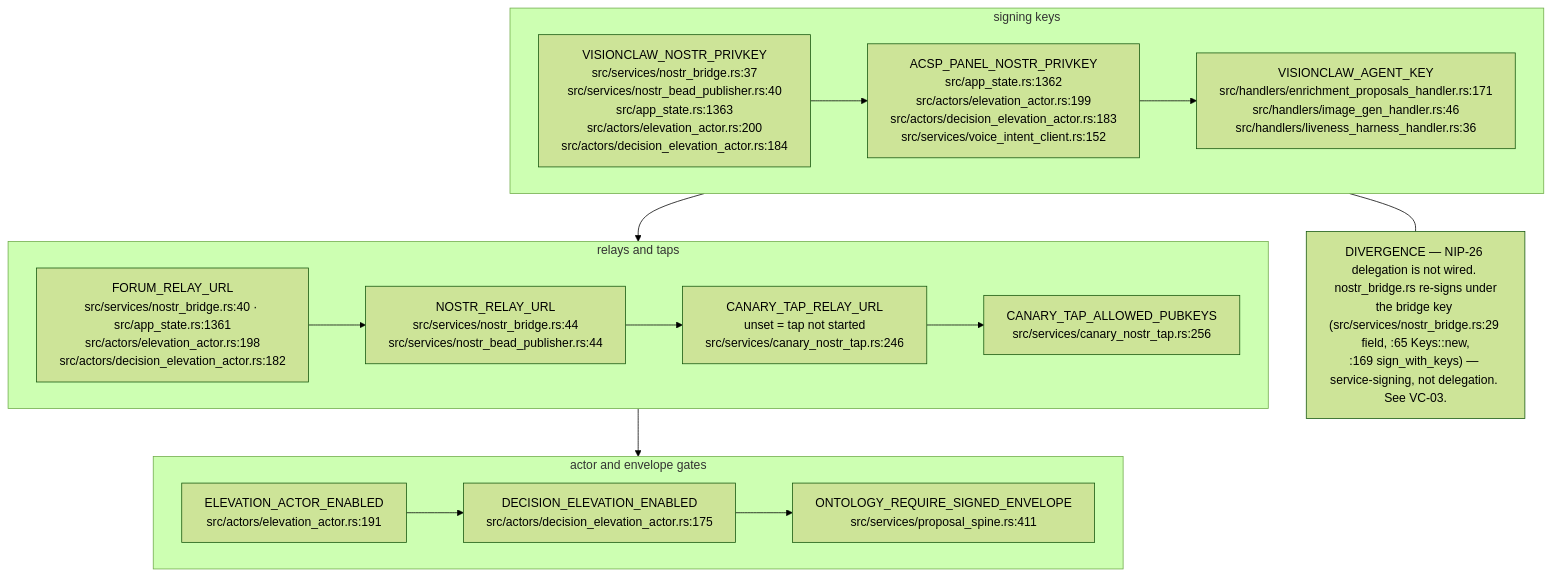
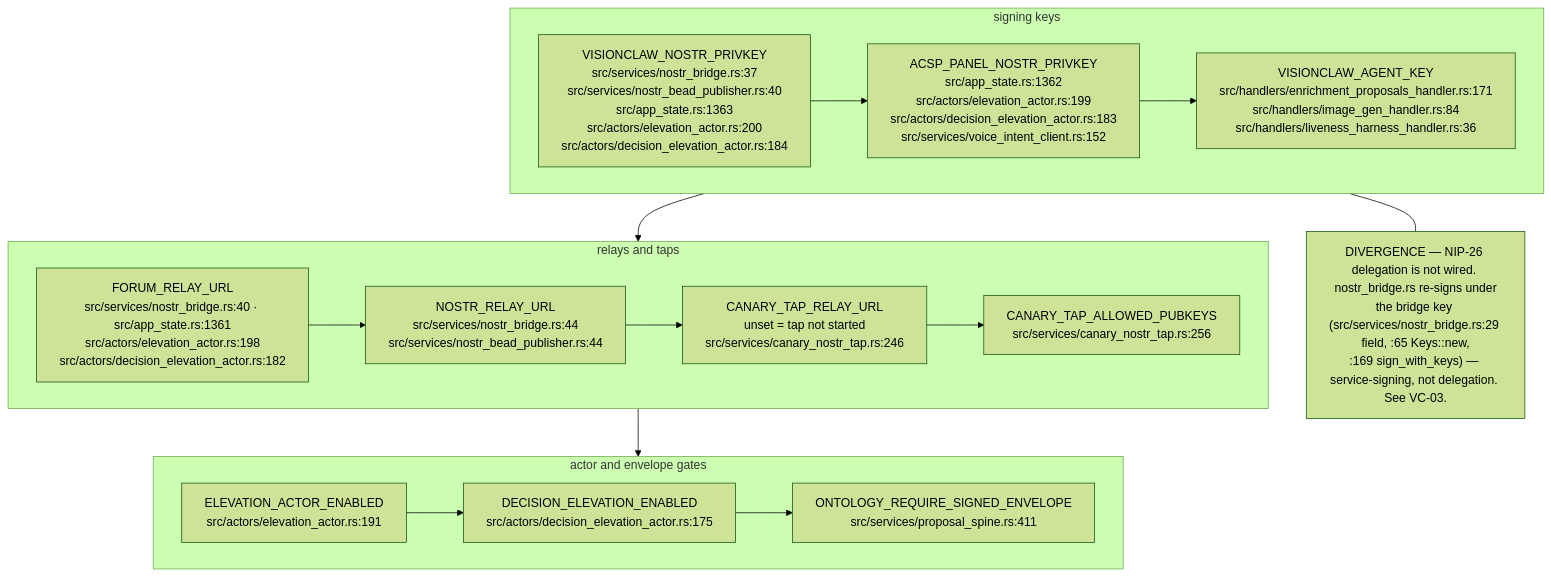
One commit to DreamLab-AI/VisionFlow changed the tenth of 15 diagrams in docs/diagrams/visionclaw/09-config-and-env-flags.md. Above: the diagram before and after it, drawn with Mermaid (forest theme). The commit also changed other lines of this file and 94 other files, not shown here.

First line of the commit message:
docs(diagrams): re-verify 130 topics against 2 October HEADs

````diff
--- a/docs/diagrams/visionclaw/09-config-and-env-flags.md
+++ b/docs/diagrams/visionclaw/09-config-and-env-flags.md
@@ -429,15 +429,15 @@
 ```mermaid
 flowchart TB
     subgraph KEYS["signing keys"]
-        K1["VISIONCLAW_NOSTR_PRIVKEY<br/>src/services/nostr_bridge.rs:37<br/>src/services/nostr_bead_publisher.rs:40<br/>src/app_state.rs:1363<br/>src/actors/elevation_actor.rs:200<br/>src/actors/decision_elevation_actor.rs:184"] --> K2["ACSP_PANEL_NOSTR_PRIVKEY<br/>src/app_state.rs:1362<br/>src/actors/elevation_actor.rs:199<br/>src/actors/decision_elevation_actor.rs:183<br/>src/services/voice_intent_client.rs:152"] --> K3["VISIONCLAW_AGENT_KEY<br/>src/handlers/enrichment_proposals_handler.rs:171<br/>src/handlers/image_gen_handler.rs:46<br/>src/handlers/liveness_harness_handler.rs:36"]
+        K1["VISIONCLAW_NOSTR_PRIVKEY<br/>src/services/nostr_bridge.rs:37<br/>src/services/nostr_bead_publisher.rs:40<br/>src/app_state.rs:1363<br/>src/actors/elevation_actor.rs:200<br/>src/actors/decision_elevation_actor.rs:184"] --> K2["ACSP_PANEL_NOSTR_PRIVKEY<br/>src/app_state.rs:1362<br/>src/actors/elevation_actor.rs:199<br/>src/actors/decision_elevation_actor.rs:183<br/>src/services/voice_intent_client.rs:152"] --> K3["VISIONCLAW_AGENT_KEY<br/>src/handlers/enrichment_proposals_handler.rs:171<br/>src/handlers/image_gen_handler.rs:84<br/>src/handlers/liveness_harness_handler.rs:36"]
     end
     subgraph RELAYS["relays and taps"]
         R1["FORUM_RELAY_URL<br/>src/services/nostr_bridge.rs:40 · src/app_state.rs:1361<br/>src/actors/elevation_actor.rs:198<br/>src/actors/decision_elevation_actor.rs:182"] --> R2["NOSTR_RELAY_URL<br/>src/services/nostr_bridge.rs:44<br/>src/services/nostr_bead_publisher.rs:44"] --> R3["CANARY_TAP_RELAY_URL<br/>unset = tap not started<br/>src/services/canary_nostr_tap.rs:246"] --> R4["CANARY_TAP_ALLOWED_PUBKEYS<br/>src/services/canary_nostr_tap.rs:256"]
     end
     subgraph GATES["actor and envelope gates"]
         G1["ELEVATION_ACTOR_ENABLED<br/>src/actors/elevation_actor.rs:191"] --> G2["DECISION_ELEVATION_ENABLED<br/>src/actors/decision_elevation_actor.rs:175"] --> G3["ONTOLOGY_REQUIRE_SIGNED_ENVELOPE<br/>src/services/proposal_spine.rs:411"]
     end
     KEYS --> RELAYS --> GATES
     N3["DIVERGENCE — NIP-26 delegation is not wired. nostr_bridge.rs re-signs under<br/>the bridge key (src/services/nostr_bridge.rs:29 field, :65 Keys::new,<br/>:169 sign_with_keys) — service-signing, not delegation. See VC-03."]
     KEYS --- N3
 ```
````
